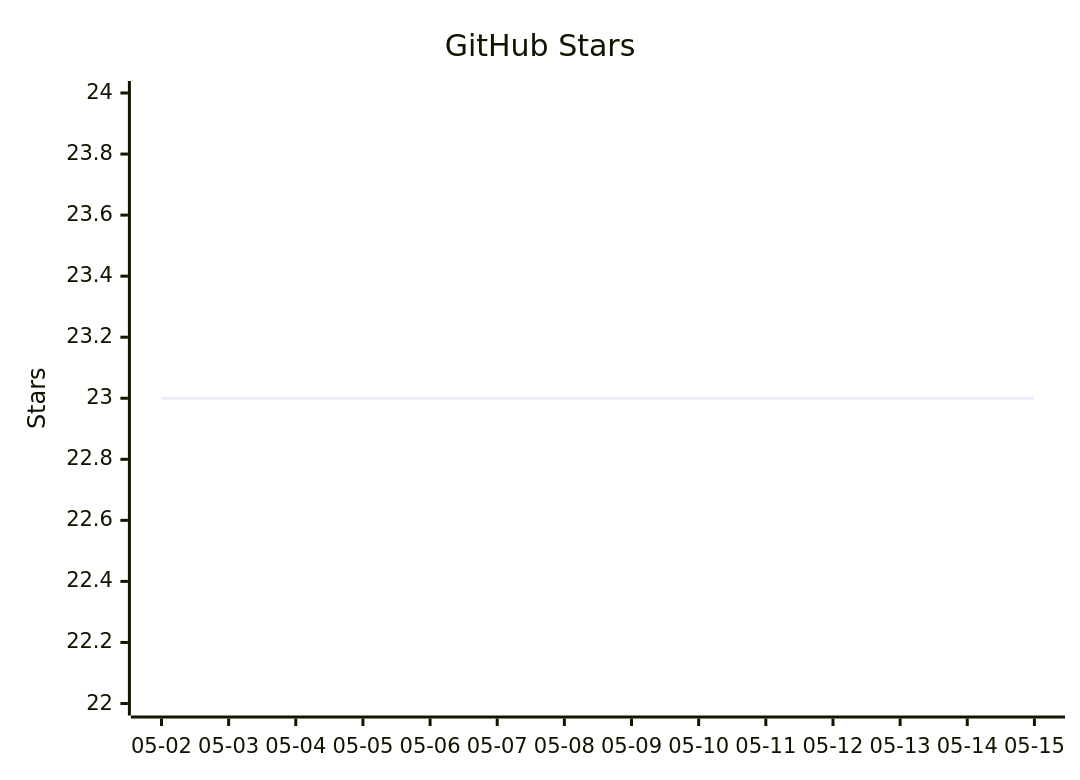
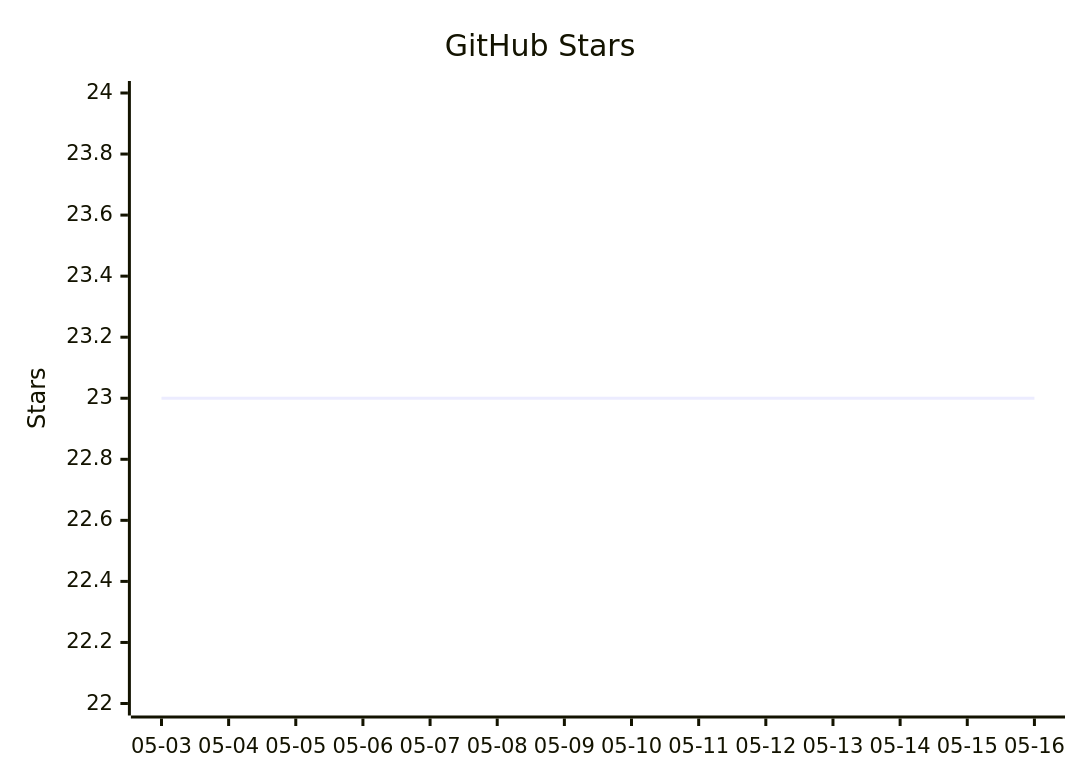
Before and after one commit to vectie/moonclaw: the diagram in README.mbt.md, drawn with Mermaid. The commit also changed other lines of this file and 1 other file, not shown here.

Commit message:
Update README star growth

````diff
--- a/README.mbt.md
+++ b/README.mbt.md
@@ -489,7 +489,7 @@
 ```mermaid
 xychart-beta
     title "GitHub Stars"
-    x-axis ["05-02","05-03","05-04","05-05","05-06","05-07","05-08","05-09","05-10","05-11","05-12","05-13","05-14","05-15"]
+    x-axis ["05-03","05-04","05-05","05-06","05-07","05-08","05-09","05-10","05-11","05-12","05-13","05-14","05-15","05-16"]
     y-axis "Stars" 22 --> 24
     line [23,23,23,23,23,23,23,23,23,23,23,23,23,23]
 ```
````
